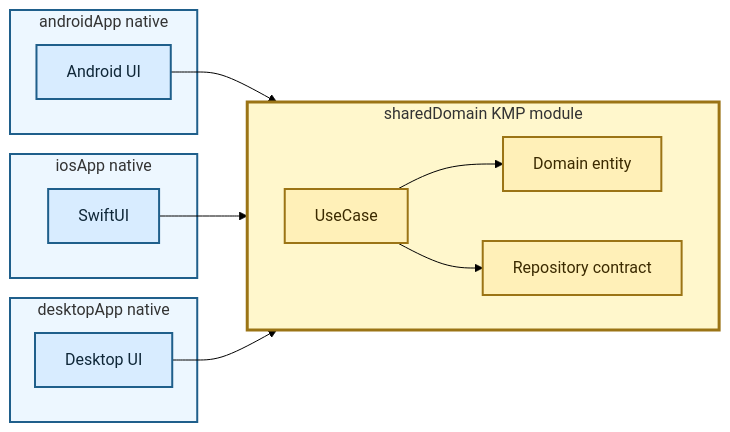
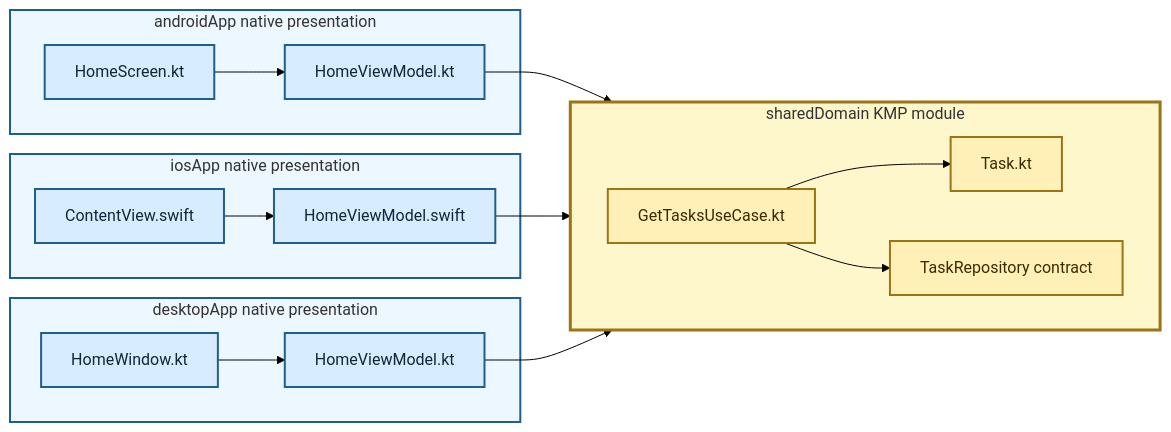
The diagram in diagrams/17-three-layer-kmp-domain-simple.md (TheSetox/kmp-sample-diagrams), drawn with Mermaid (forest theme) before and after one commit. The commit also changed other lines of this file and 28 other files, not shown here.

Commit message:
docs: reassess diagram layer boundaries

````diff
--- a/diagrams/17-three-layer-kmp-domain-simple.md
+++ b/diagrams/17-three-layer-kmp-domain-simple.md
@@ -5,36 +5,42 @@
 ```mermaid
 flowchart LR
-  subgraph Android["androidApp native"]
-    AndroidUI["Android UI"]
+  subgraph Android["androidApp native presentation"]
+    AUI["HomeScreen.kt"]
+    AVM["HomeViewModel.kt"]
+    AUI --> AVM
   end
 
-  subgraph IOS["iosApp native"]
-    IOSUI["SwiftUI"]
+  subgraph IOS["iosApp native presentation"]
+    IUI["ContentView.swift"]
+    IVM["HomeViewModel.swift"]
+    IUI --> IVM
   end
 
-  subgraph Desktop["desktopApp native"]
-    DesktopUI["Desktop UI"]
+  subgraph Desktop["desktopApp native presentation"]
+    DUI["HomeWindow.kt"]
+    DVM["HomeViewModel.kt"]
+    DUI --> DVM
   end
 
   subgraph KMP["sharedDomain KMP module"]
     direction LR
-    UseCase["UseCase"]
-    Entity["Domain entity"]
-    RepositoryPort["Repository contract"]
+    UseCase["GetTasksUseCase.kt"]
+    Entity["Task.kt"]
+    RepositoryPort["TaskRepository contract"]
     UseCase --> Entity
     UseCase --> RepositoryPort
   end
 
-  AndroidUI --> UseCase
-  IOSUI --> UseCase
-  DesktopUI --> UseCase
+  AVM --> UseCase
+  IVM --> UseCase
+  DVM --> UseCase
 
   classDef app fill:#d8ecff,stroke:#1f5f8b,color:#0f2738,stroke-width:2px;
   classDef kmp fill:#fff0b8,stroke:#9b7415,color:#3b2a00,stroke-width:2px;
-  class AndroidUI,IOSUI,DesktopUI app;
+  class AUI,AVM,IUI,IVM,DUI,DVM app;
   class UseCase,Entity,RepositoryPort kmp;
   style Android fill:#edf7ff,stroke:#1f5f8b,stroke-width:2px
   style IOS fill:#edf7ff,stroke:#1f5f8b,stroke-width:2px
   style Desktop fill:#edf7ff,stroke:#1f5f8b,stroke-width:2px
   style KMP fill:#fff7cc,stroke:#9b7415,stroke-width:3px
 ```
````
